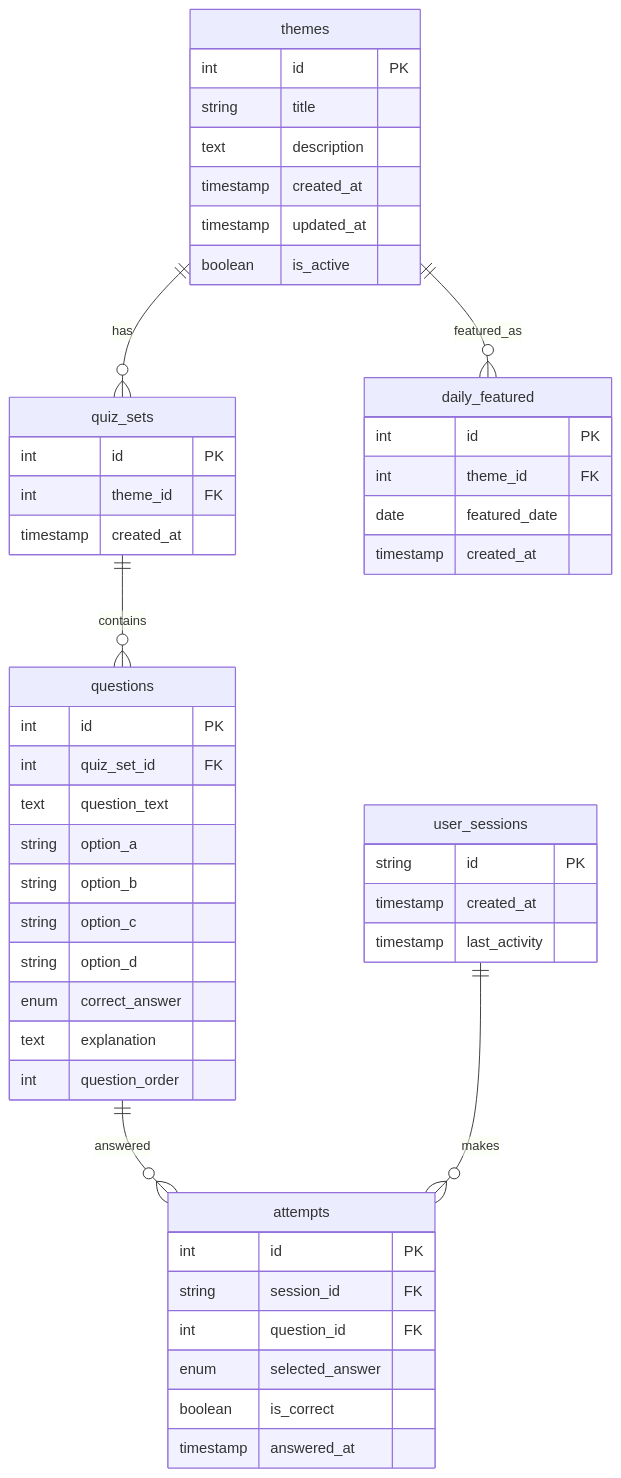
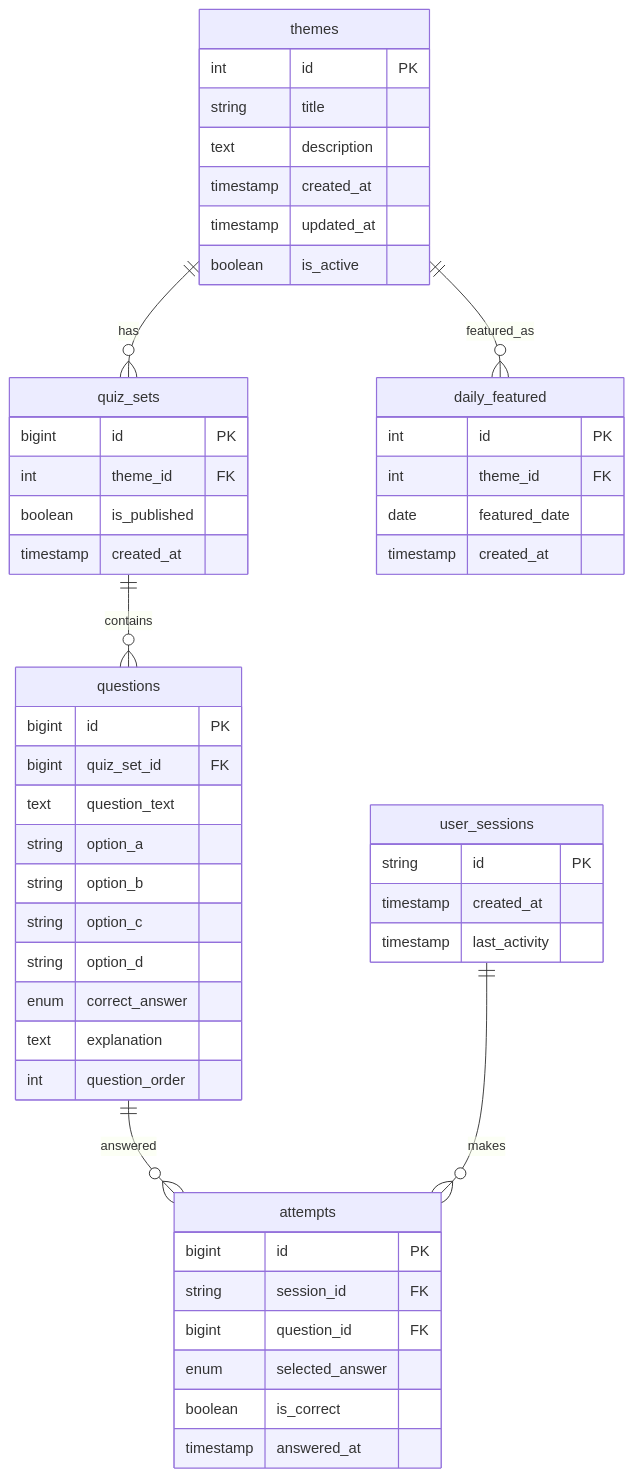
One commit to 4T1Eu3S/quizbite changed the diagram in .kiro/specs/quiz-bite/design.md. Above: the diagram before and after it, drawn with Mermaid. The commit also changed other lines of this file, not shown here.

````diff
--- a/.kiro/specs/quiz-bite/design.md
+++ b/.kiro/specs/quiz-bite/design.md
@@ -169,58 +172,59 @@
 ```mermaid
 erDiagram
     themes ||--o{ quiz_sets : has
     quiz_sets ||--o{ questions : contains
     questions ||--o{ attempts : answered
     user_sessions ||--o{ attempts : makes
     themes ||--o{ daily_featured : featured_as
     
     themes {
         int id PK
         string title
         text description
         timestamp created_at
         timestamp updated_at
         boolean is_active
     }
     
     quiz_sets {
-        int id PK
+        bigint id PK
         int theme_id FK
+        boolean is_published
         timestamp created_at
     }
     
     questions {
-        int id PK
-        int quiz_set_id FK
+        bigint id PK
+        bigint quiz_set_id FK
         text question_text
         string option_a
         string option_b
         string option_c
         string option_d
         enum correct_answer
         text explanation
         int question_order
     }
     
     user_sessions {
         string id PK
         timestamp created_at
         timestamp last_activity
     }
     
     attempts {
-        int id PK
+        bigint id PK
         string session_id FK
-        int question_id FK
+        bigint question_id FK
         enum selected_answer
         boolean is_correct
         timestamp answered_at
     }
     
     daily_featured {
         int id PK
         int theme_id FK
         date featured_date
         timestamp created_at
     }
 ```
````
